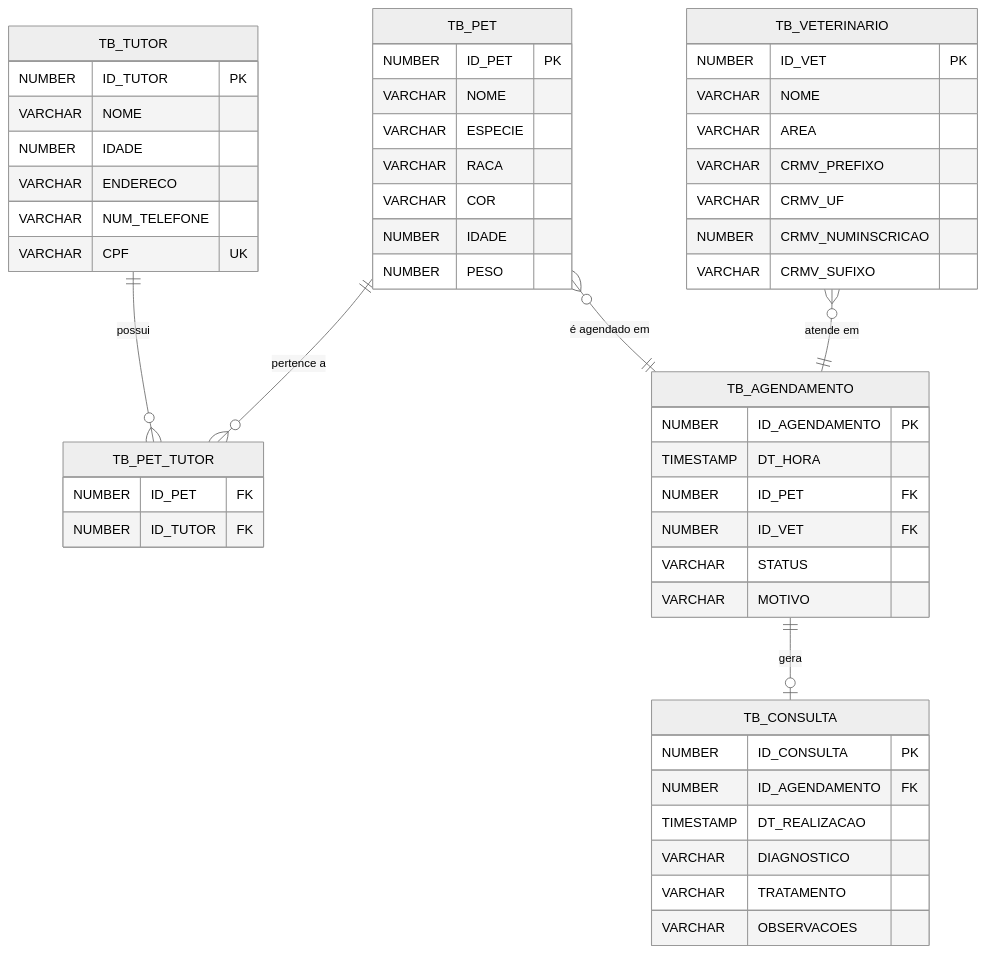
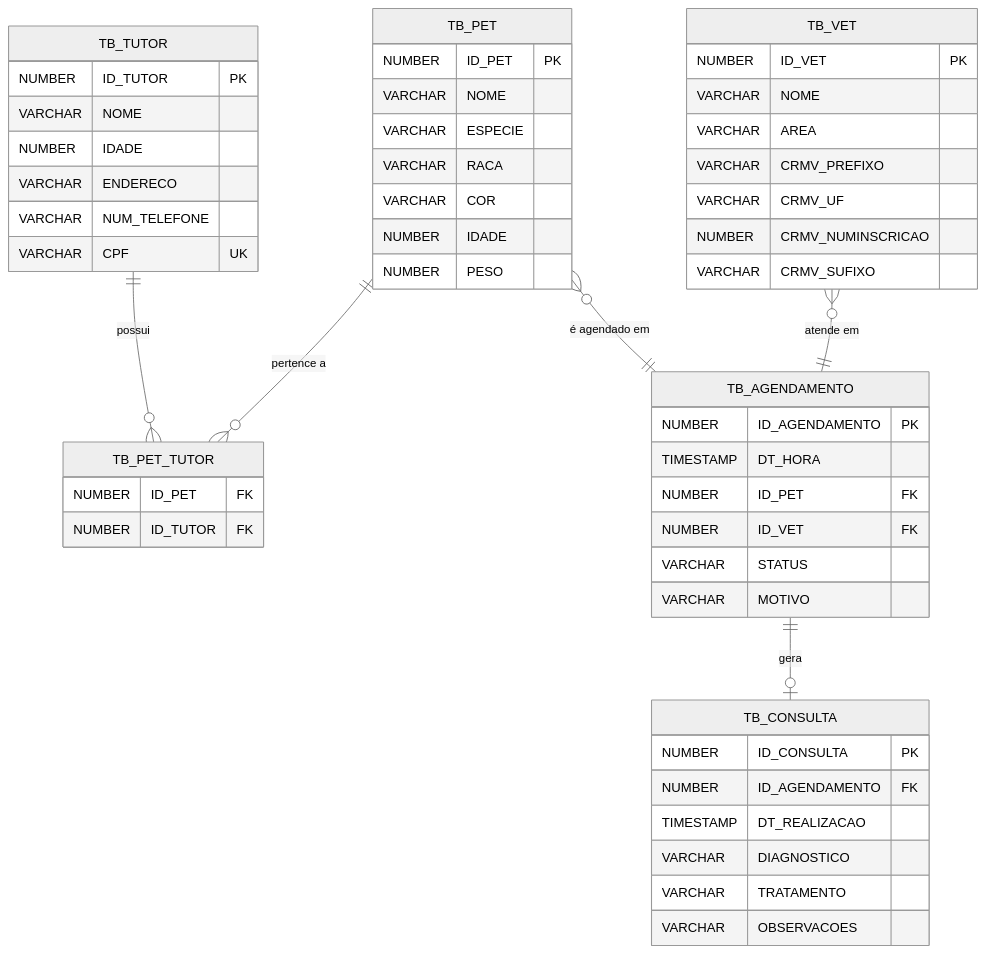
Before and after one commit to Bruno-A-Z/JAVA-CHALLENGE-FIAP-2026: the second of 2 diagrams in README.md, drawn with Mermaid (neutral theme). The commit also changed other lines of this file, not shown here.

````diff
--- a/README.md
+++ b/README.md
@@ -151,60 +208,60 @@
 ```mermaid
 erDiagram
     TB_TUTOR {
         NUMBER ID_TUTOR PK
         VARCHAR NOME
         NUMBER IDADE
         VARCHAR ENDERECO
         VARCHAR NUM_TELEFONE
         VARCHAR CPF UK
     }
 
     TB_PET {
         NUMBER ID_PET PK
         VARCHAR NOME
         VARCHAR ESPECIE
         VARCHAR RACA
         VARCHAR COR
         NUMBER IDADE
         NUMBER PESO
     }
 
     TB_PET_TUTOR {
         NUMBER ID_PET FK
         NUMBER ID_TUTOR FK
     }
 
-    TB_VETERINARIO {
+    TB_VET {
         NUMBER ID_VET PK
         VARCHAR NOME
         VARCHAR AREA
         VARCHAR CRMV_PREFIXO
         VARCHAR CRMV_UF
         NUMBER CRMV_NUMINSCRICAO
         VARCHAR CRMV_SUFIXO
     }
 
     TB_AGENDAMENTO {
         NUMBER ID_AGENDAMENTO PK
         TIMESTAMP DT_HORA
         NUMBER ID_PET FK
         NUMBER ID_VET FK
         VARCHAR STATUS
         VARCHAR MOTIVO
     }
 
     TB_CONSULTA {
         NUMBER ID_CONSULTA PK
         NUMBER ID_AGENDAMENTO FK
         TIMESTAMP DT_REALIZACAO
         VARCHAR DIAGNOSTICO
         VARCHAR TRATAMENTO
         VARCHAR OBSERVACOES
     }
 
     TB_TUTOR ||--o{ TB_PET_TUTOR : "possui"
     TB_PET   ||--o{ TB_PET_TUTOR : "pertence a"
-    TB_PET         }o--|| TB_AGENDAMENTO : "é agendado em"
-    TB_VETERINARIO }o--|| TB_AGENDAMENTO : "atende em"
-    TB_AGENDAMENTO ||--o| TB_CONSULTA    : "gera"
+    TB_PET   }o--|| TB_AGENDAMENTO : "é agendado em"
+    TB_VET   }o--|| TB_AGENDAMENTO : "atende em"
+    TB_AGENDAMENTO ||--o| TB_CONSULTA : "gera"
 ```
````
